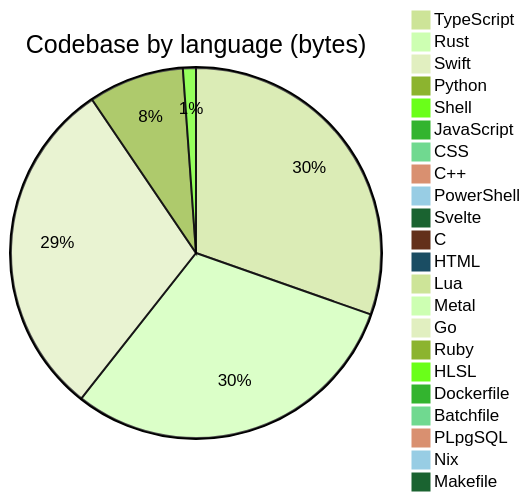
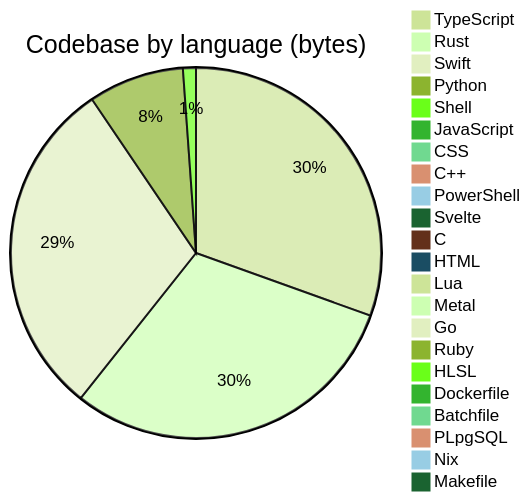
Before and after one commit to Open330/.github: the diagram in profile/README.md, drawn with Mermaid (forest theme). The commit also changed other lines of this file and 1 other file, not shown here.

````diff
--- a/profile/README.md
+++ b/profile/README.md
@@ -139,25 +139,25 @@
 ```mermaid
 pie title Codebase by language (bytes)
-    "TypeScript" : 39240572
+    "TypeScript" : 39435873
     "Rust" : 39058613
     "Swift" : 38609874
-    "Python" : 10777593
+    "Python" : 10786108
     "Shell" : 1464195
     "JavaScript" : 986947
-    "CSS" : 521756
+    "CSS" : 521964
     "C++" : 388775
     "PowerShell" : 333788
     "Svelte" : 275766
     "C" : 197825
     "HTML" : 179522
     "Lua" : 48814
     "Metal" : 33192
     "Go" : 22811
     "Ruby" : 9499
     "HLSL" : 7527
     "Dockerfile" : 7454
     "Batchfile" : 5660
     "PLpgSQL" : 5283
     "Nix" : 3168
     "Makefile" : 1692
 ```
````
